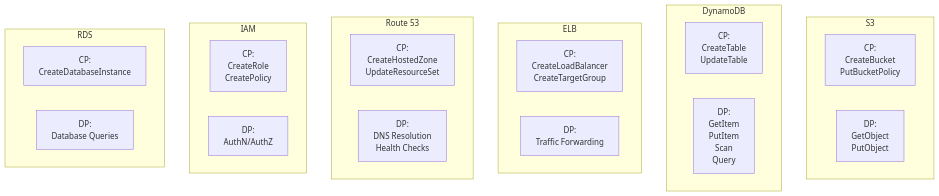
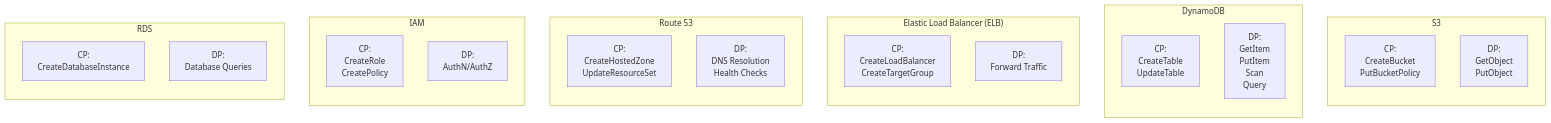
The third of 10 diagrams in fault-isolation-core-concepts.md (ahmadalkhaldi2013-star/Cloud-Resilience), drawn with Mermaid before and after one commit. The commit also changed other lines of this file, not shown here.

```diff
--- a/fault-isolation-core-concepts.md
+++ b/fault-isolation-core-concepts.md
@@ -48,38 +48,38 @@
 <div class="mermaid">
 flowchart TB
   subgraph S3["S3"]
-    direction LR
+    direction TB
     S3CP["CP:<br/>CreateBucket<br/>PutBucketPolicy"]
     S3DP["DP:<br/>GetObject<br/>PutObject"]
   end
 
   subgraph DynamoDB["DynamoDB"]
-    direction LR
+    direction TB
     DDBCP["CP:<br/>CreateTable<br/>UpdateTable"]
     DDBDP["DP:<br/>GetItem<br/>PutItem<br/>Scan<br/>Query"]
   end
 
-  subgraph ELB["ELB"]
-    direction LR
+  subgraph ELB["Elastic Load Balancer (ELB)"]
+    direction TB
     ELBCP["CP:<br/>CreateLoadBalancer<br/>CreateTargetGroup"]
-    ELBDP["DP:<br/>Traffic Forwarding"]
+    ELBDP["DP:<br/>Forward Traffic"]
   end
 
-  subgraph Route53["Route&nbsp;53"]
-    direction LR
+  subgraph Route53["Route 53"]
+    direction TB
     R53CP["CP:<br/>CreateHostedZone<br/>UpdateResourceSet"]
     R53DP["DP:<br/>DNS Resolution<br/>Health Checks"]
   end
 
   subgraph IAM["IAM"]
-    direction LR
+    direction TB
     IAMCP["CP:<br/>CreateRole<br/>CreatePolicy"]
     IAMDP["DP:<br/>AuthN/AuthZ"]
   end
 
   subgraph RDS["RDS"]
-    direction LR
+    direction TB
     RDSCP["CP:<br/>CreateDatabaseInstance"]
     RDSDP["DP:<br/>Database Queries"]
   end
 </div>
```
